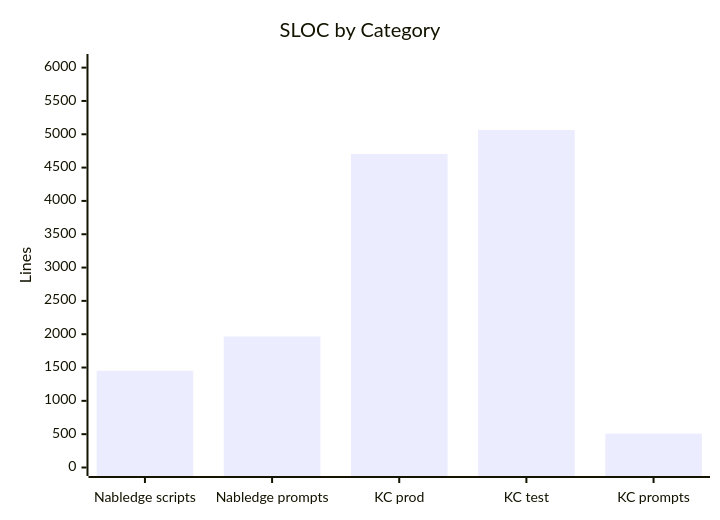
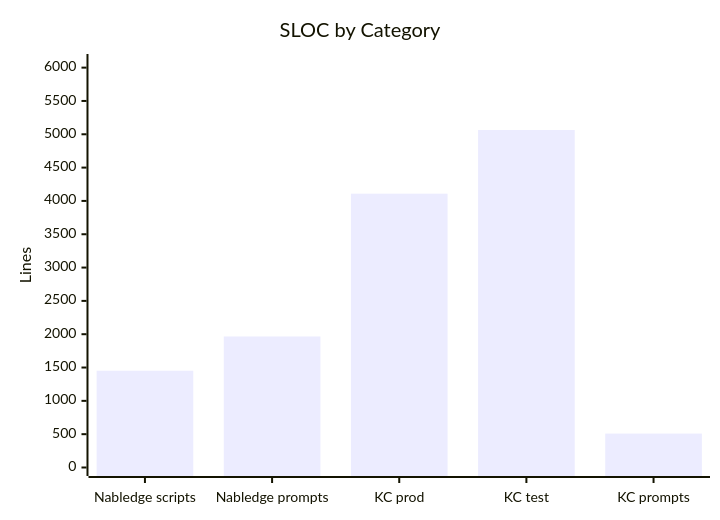
Before and after one commit to nablarch/nabledge-dev: the ninth of 10 diagrams in docs/metrics.md, drawn with Mermaid. The commit also changed other lines of this file and 3 other files, not shown here.

````diff
--- a/docs/metrics.md
+++ b/docs/metrics.md
@@ -118,7 +118,7 @@
 ```mermaid
 xychart-beta
   title "SLOC by Category"
   x-axis ["Nabledge scripts", "Nabledge prompts", "KC prod", "KC test", "KC prompts"]
   y-axis "Lines" 0 --> 6077
-  bar [1452, 1966, 4705, 5064, 509]
+  bar [1452, 1966, 4109, 5064, 509]
 ```
````
